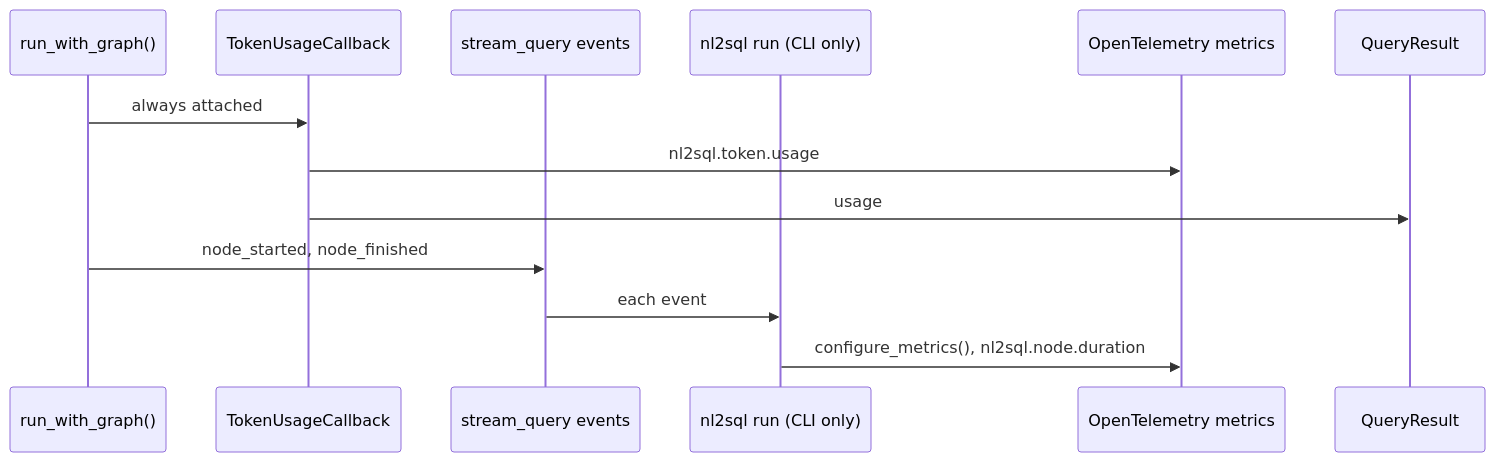
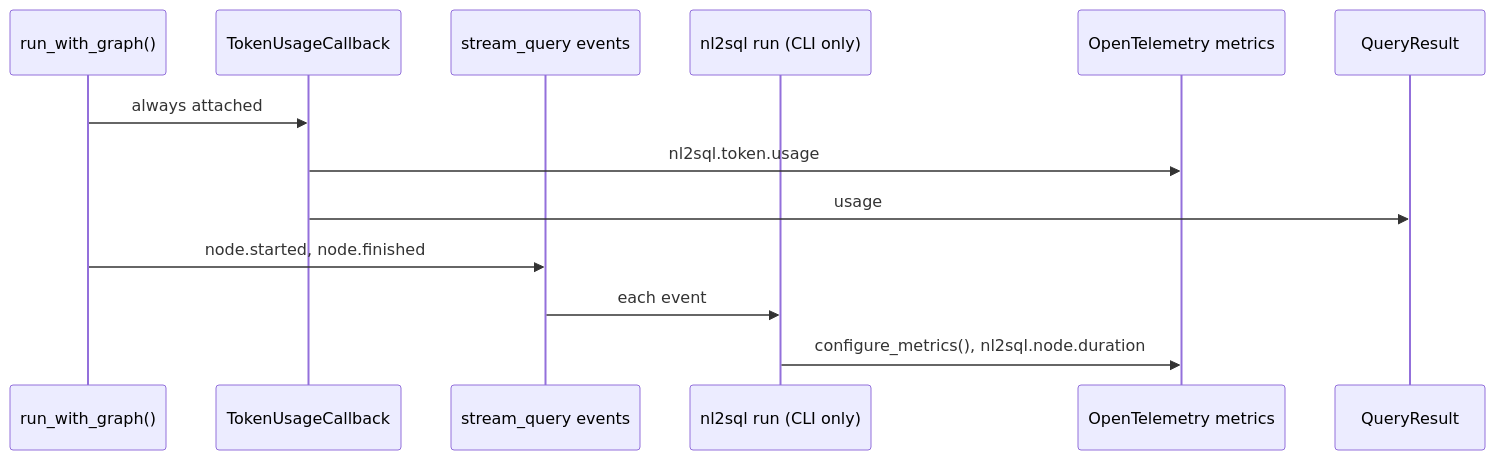
Before and after one commit to nadeem4/nl2sql: the diagram in docs/observability/stack.md, drawn with Mermaid. The commit also changed other lines of this file and 41 other files, not shown here.

````diff
--- a/docs/observability/stack.md
+++ b/docs/observability/stack.md
@@ -30,16 +30,16 @@
 ```mermaid
 sequenceDiagram
     participant Pipeline as run_with_graph()
     participant Usage as TokenUsageCallback
     participant Stream as stream_query events
     participant Run as nl2sql run (CLI only)
     participant Metrics as OpenTelemetry metrics
     participant Result as QueryResult
 
     Pipeline->>Usage: always attached
     Usage->>Metrics: nl2sql.token.usage
     Usage->>Result: usage
-    Pipeline->>Stream: node_started, node_finished
+    Pipeline->>Stream: node.started, node.finished
     Stream->>Run: each event
     Run->>Metrics: configure_metrics(), nl2sql.node.duration
 ```
````
